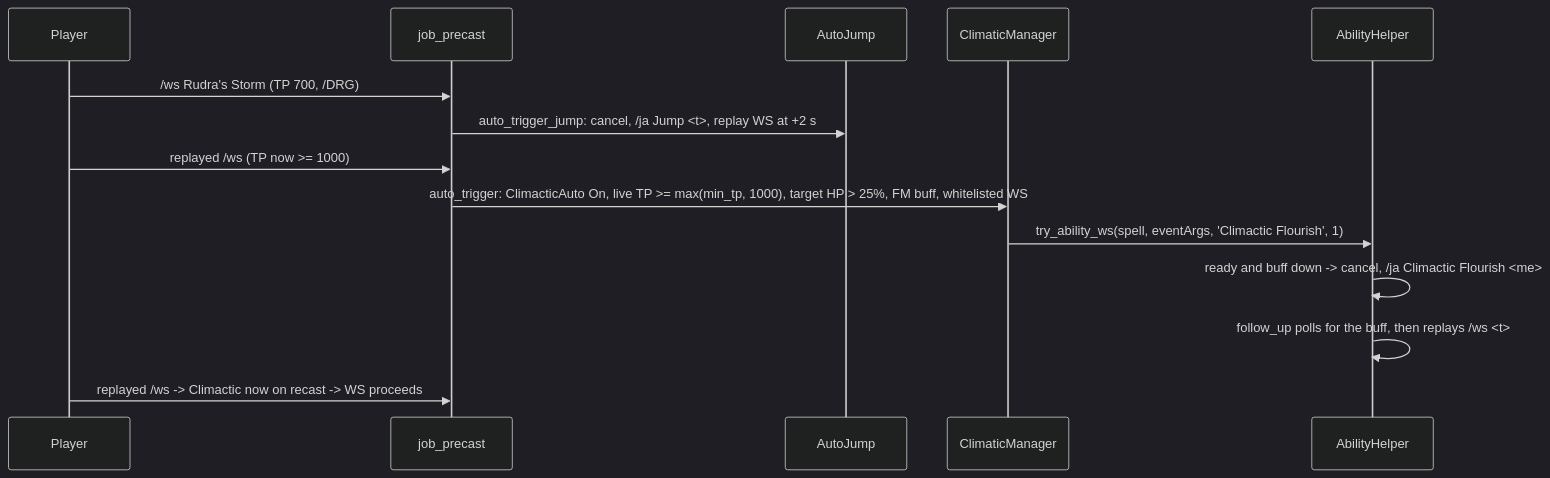
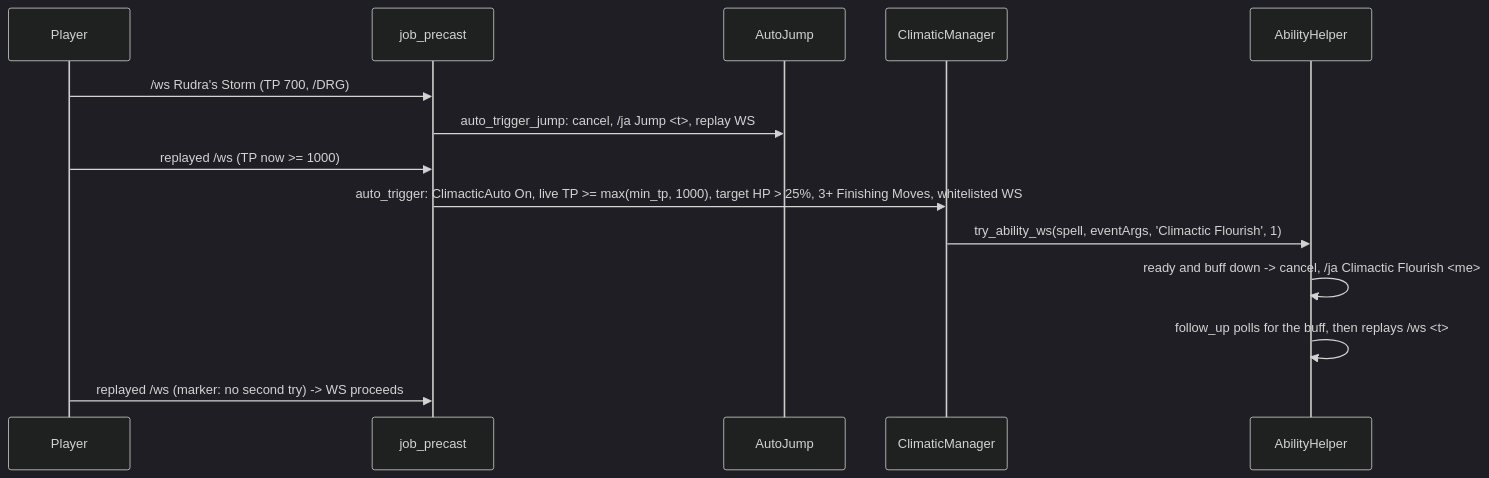
The third of 3 diagrams in docs/dev/jobs/dnc.md (ejouanchicot/Gearswap), drawn with Mermaid (dark theme) before and after one commit. The commit also changed other lines of this file and 31 other files, not shown here.

````diff
--- a/docs/dev/jobs/dnc.md
+++ b/docs/dev/jobs/dnc.md
@@ -185,16 +173,16 @@
 ```mermaid
 sequenceDiagram
     participant U as Player
     participant P as job_precast
     participant J as AutoJump
     participant C as ClimaticManager
     participant H as AbilityHelper
     U->>P: /ws Rudra's Storm (TP 700, /DRG)
-    P->>J: auto_trigger_jump: cancel, /ja Jump <t>, replay WS at +2 s
+    P->>J: auto_trigger_jump: cancel, /ja Jump <t>, replay WS
     U->>P: replayed /ws (TP now >= 1000)
-    P->>C: auto_trigger: ClimacticAuto On, live TP >= max(min_tp, 1000), target HP > 25%, FM buff, whitelisted WS
+    P->>C: auto_trigger: ClimacticAuto On, live TP >= max(min_tp, 1000), target HP > 25%, 3+ Finishing Moves, whitelisted WS
     C->>H: try_ability_ws(spell, eventArgs, 'Climactic Flourish', 1)
     H->>H: ready and buff down -> cancel, /ja Climactic Flourish <me>
     H->>H: follow_up polls for the buff, then replays /ws <t>
-    U->>P: replayed /ws -> Climactic now on recast -> WS proceeds
+    U->>P: replayed /ws (marker: no second try) -> WS proceeds
 ```
````
